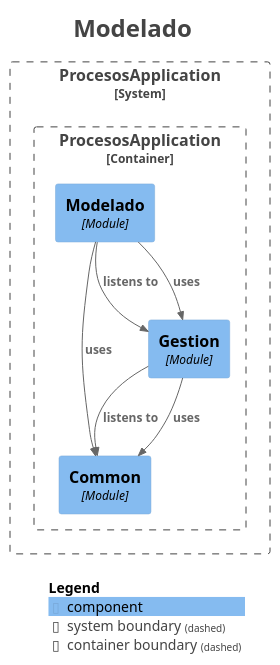
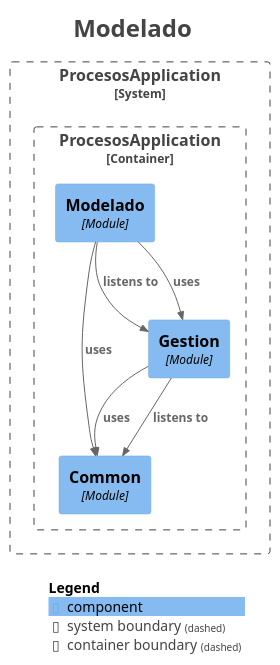
One commit to AndresContreras1/bpmn-process-manager-api changed the diagram in docs/modules/module-modelado.puml. Above: the diagram before and after it, drawn with PlantUML. The commit also changed other lines of this file and 52 other files, not shown here.

```diff
--- a/docs/modules/module-modelado.puml
+++ b/docs/modules/module-modelado.puml
@@ -1,35 +1,35 @@
 @startuml
 title <size:24>Modelado</size>
 
 set separator none
 top to bottom direction
 
 <style>
   root {
     BackgroundColor: #ffffff
     FontColor: #444444
   }
 </style>
 
 !include <C4/C4>
 !include <C4/C4_Context>
 !include <C4/C4_Component>
 
 System_Boundary("ProcesosApplication_boundary", "ProcesosApplication", $tags="") {
   Container_Boundary("ProcesosApplication.ProcesosApplication_boundary", "ProcesosApplication", $tags="") {
     Component(ProcesosApplication.ProcesosApplication.Common, "Common", $techn="Module", $descr="", $tags="", $link="")
     Component(ProcesosApplication.ProcesosApplication.Gestion, "Gestion", $techn="Module", $descr="", $tags="", $link="")
     Component(ProcesosApplication.ProcesosApplication.Modelado, "Modelado", $techn="Module", $descr="", $tags="", $link="")
   }
 
 }
 
-Rel(ProcesosApplication.ProcesosApplication.Gestion, ProcesosApplication.ProcesosApplication.Common, "listens to", $techn="", $tags="", $link="")
 Rel(ProcesosApplication.ProcesosApplication.Gestion, ProcesosApplication.ProcesosApplication.Common, "uses", $techn="", $tags="", $link="")
 Rel(ProcesosApplication.ProcesosApplication.Modelado, ProcesosApplication.ProcesosApplication.Gestion, "listens to", $techn="", $tags="", $link="")
 Rel(ProcesosApplication.ProcesosApplication.Modelado, ProcesosApplication.ProcesosApplication.Gestion, "uses", $techn="", $tags="", $link="")
 Rel(ProcesosApplication.ProcesosApplication.Modelado, ProcesosApplication.ProcesosApplication.Common, "uses", $techn="", $tags="", $link="")
+Rel(ProcesosApplication.ProcesosApplication.Gestion, ProcesosApplication.ProcesosApplication.Common, "listens to", $techn="", $tags="", $link="")
 
 SHOW_LEGEND(true)
 hide stereotypes
 @enduml
```
